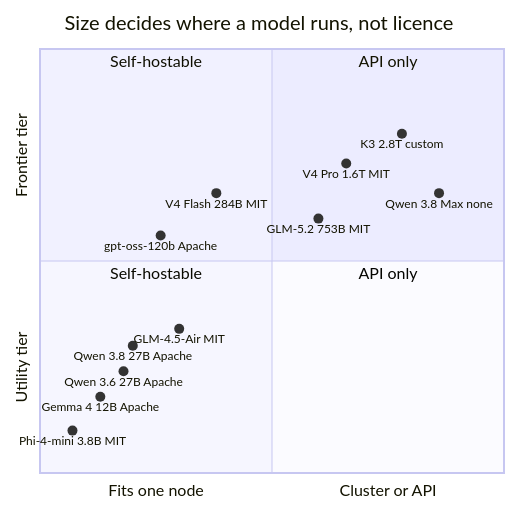
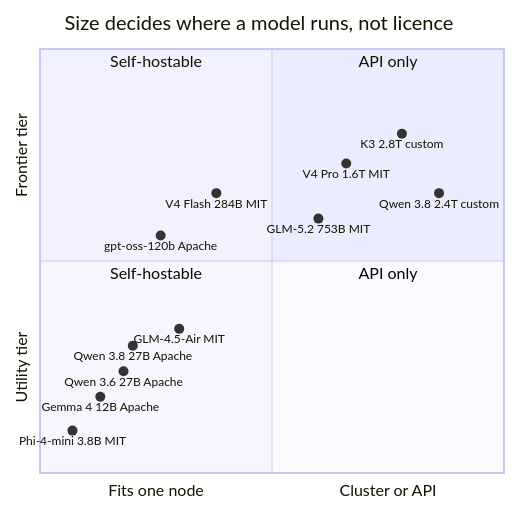
One commit to mlvpatel/open-weight-agent-stack changed the diagram in diagrams/src/task-to-model-quadrant.mmd. Above: the diagram before and after it, drawn with Mermaid. The commit also changed 6 other files, not shown here.

```diff
--- a/diagrams/src/task-to-model-quadrant.mmd
+++ b/diagrams/src/task-to-model-quadrant.mmd
@@ -1,19 +1,19 @@
 quadrantChart
     title Size decides where a model runs, not licence
     x-axis "Fits one node" --> "Cluster or API"
     y-axis "Utility tier" --> "Frontier tier"
     quadrant-1 "API only"
     quadrant-2 "Self-hostable"
     quadrant-3 "Self-hostable"
     quadrant-4 "API only"
     "K3 2.8T custom": [0.78, 0.80]
-    "Qwen 3.8 Max none": [0.86, 0.66]
+    "Qwen 3.8 2.4T custom": [0.86, 0.66]
     "V4 Pro 1.6T MIT": [0.66, 0.73]
     "GLM-5.2 753B MIT": [0.60, 0.60]
     "V4 Flash 284B MIT": [0.38, 0.66]
     "gpt-oss-120b Apache": [0.26, 0.56]
     "GLM-4.5-Air MIT": [0.30, 0.34]
     "Qwen 3.8 27B Apache": [0.20, 0.30]
     "Qwen 3.6 27B Apache": [0.18, 0.24]
     "Gemma 4 12B Apache": [0.13, 0.18]
     "Phi-4-mini 3.8B MIT": [0.07, 0.10]
```
